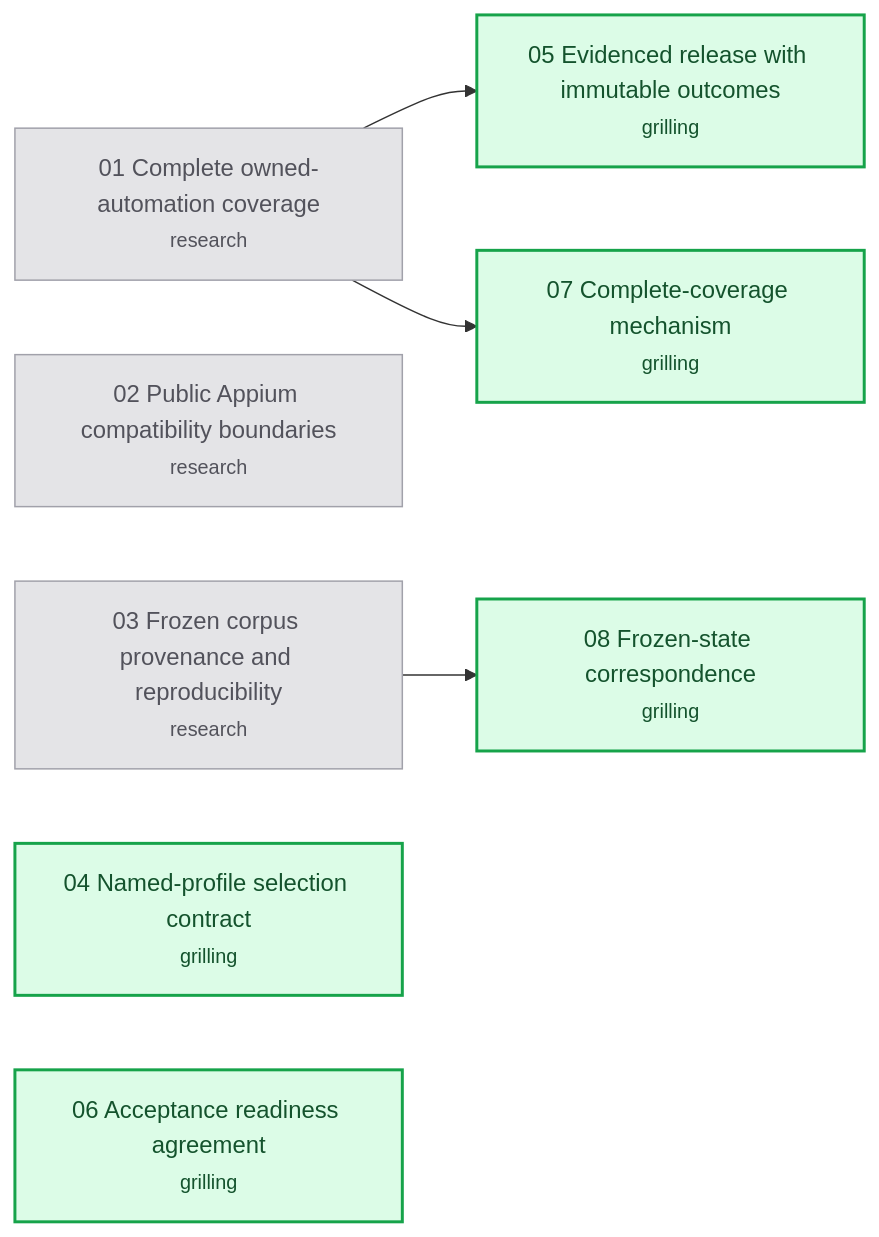
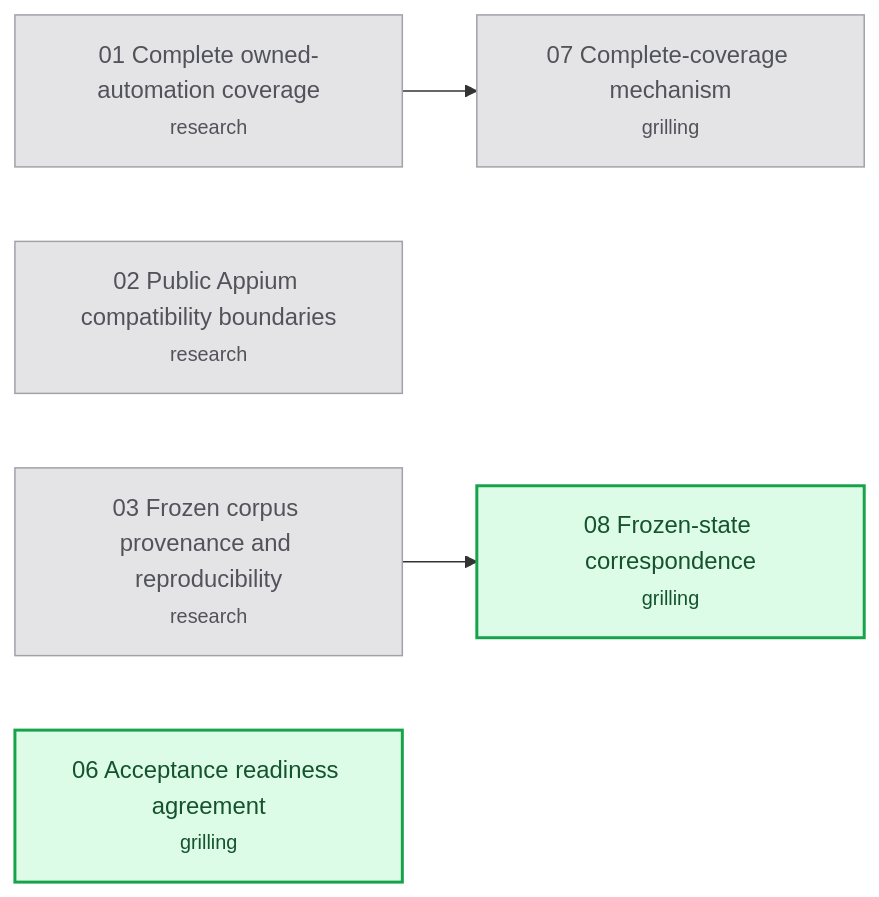
Before and after one commit to hugues-vnsgn/jev-ios-bridge: the diagram in .scratch/appium-mcp-migration/map.md, drawn with Mermaid. The commit also changed other lines of this file and 9 other files, not shown here.

Commit message:
Chart the Appium Phase 2 decision map

````diff
--- a/.scratch/appium-mcp-migration/map.md
+++ b/.scratch/appium-mcp-migration/map.md
@@ -48,20 +48,17 @@
 ```mermaid
 flowchart LR
     T01["01 Complete owned-automation coverage<br/><small>research</small>"]
     T02["02 Public Appium compatibility boundaries<br/><small>research</small>"]
     T03["03 Frozen corpus provenance and reproducibility<br/><small>research</small>"]
-    T04["04 Named-profile selection contract<br/><small>grilling</small>"]
-    T05["05 Evidenced release with immutable outcomes<br/><small>grilling</small>"]
     T06["06 Acceptance readiness agreement<br/><small>grilling</small>"]
     T07["07 Complete-coverage mechanism<br/><small>grilling</small>"]
     T08["08 Frozen-state correspondence<br/><small>grilling</small>"]
-    T01 --> T05
     T01 --> T07
     T03 --> T08
     classDef resolved fill:#e4e4e7,stroke:#a1a1aa,color:#52525b
     classDef claimed fill:#dbeafe,stroke:#2563eb,color:#1e3a8a
     classDef frontier fill:#dcfce7,stroke:#16a34a,color:#14532d,stroke-width:2px
     classDef blocked fill:#ffffff,stroke:#a1a1aa,color:#18181b
-    class T01,T02,T03 resolved
-    class T04,T05,T06,T07,T08 frontier
+    class T01,T02,T03,T07 resolved
+    class T06,T08 frontier
 ```
````
